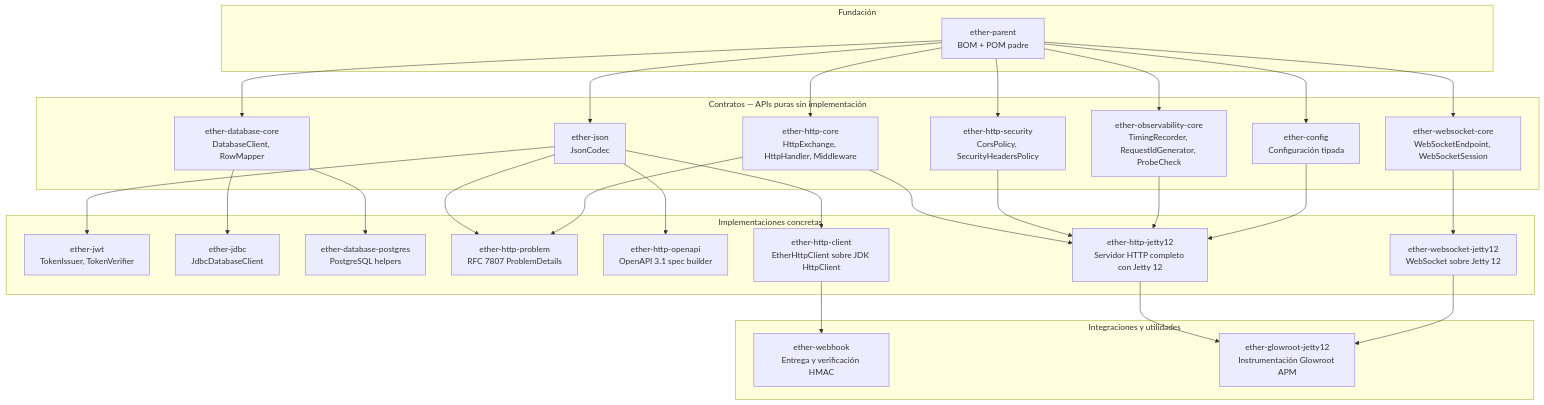
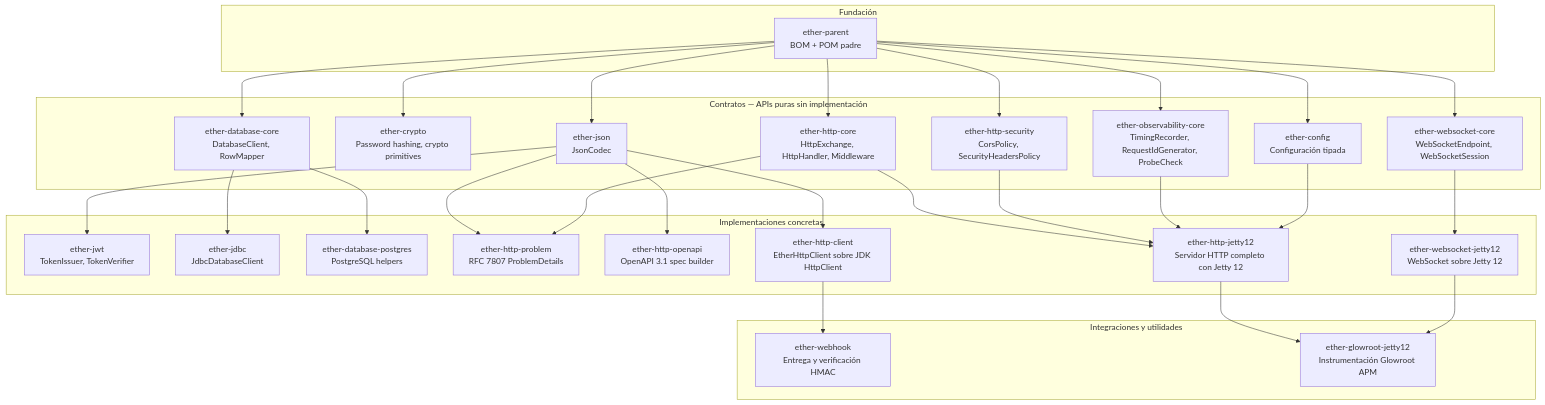
One commit to rafex/ether-deployment-hub changed the first of 7 diagrams in README.md. Above: the diagram before and after it, drawn with Mermaid. The commit also changed other lines of this file and 4 other files, not shown here.

Commit message:
Integrate ether-crypto into deploy pipeline

````diff
--- a/README.md
+++ b/README.md
@@ -61,44 +61,45 @@
 ```mermaid
 graph TD
     subgraph Fundación
         P[ether-parent<br/>BOM + POM padre]
     end
 
     subgraph Contratos["Contratos — APIs puras sin implementación"]
         CFG[ether-config<br/>Configuración tipada]
+        CRY[ether-crypto<br/>Password hashing, crypto primitives]
         DBC[ether-database-core<br/>DatabaseClient, RowMapper]
         JSON[ether-json<br/>JsonCodec]
         OBS[ether-observability-core<br/>TimingRecorder, RequestIdGenerator, ProbeCheck]
         HC[ether-http-core<br/>HttpExchange, HttpHandler, Middleware]
         SEC[ether-http-security<br/>CorsPolicy, SecurityHeadersPolicy]
         WSC[ether-websocket-core<br/>WebSocketEndpoint, WebSocketSession]
     end
 
     subgraph Implementaciones["Implementaciones concretas"]
         JWT[ether-jwt<br/>TokenIssuer, TokenVerifier]
         JDBC[ether-jdbc<br/>JdbcDatabaseClient]
         PG[ether-database-postgres<br/>PostgreSQL helpers]
         PROB[ether-http-problem<br/>RFC 7807 ProblemDetails]
         OAI[ether-http-openapi<br/>OpenAPI 3.1 spec builder]
         CLI[ether-http-client<br/>EtherHttpClient sobre JDK HttpClient]
         HJ[ether-http-jetty12<br/>Servidor HTTP completo con Jetty 12]
         WSJ[ether-websocket-jetty12<br/>WebSocket sobre Jetty 12]
     end
 
     subgraph Integraciones["Integraciones y utilidades"]
         WH[ether-webhook<br/>Entrega y verificación HMAC]
         GLW[ether-glowroot-jetty12<br/>Instrumentación Glowroot APM]
     end
 
-    P --> CFG & DBC & JSON & OBS & HC & SEC & WSC
+    P --> CFG & CRY & DBC & JSON & OBS & HC & SEC & WSC
     DBC --> JDBC & PG
     JSON --> JWT & PROB & OAI & CLI
     HC --> PROB & HJ
     SEC --> HJ
     OBS --> HJ
     CFG --> HJ
     CLI --> WH
     WSC --> WSJ
     HJ --> GLW
     WSJ --> GLW
 ```
````
